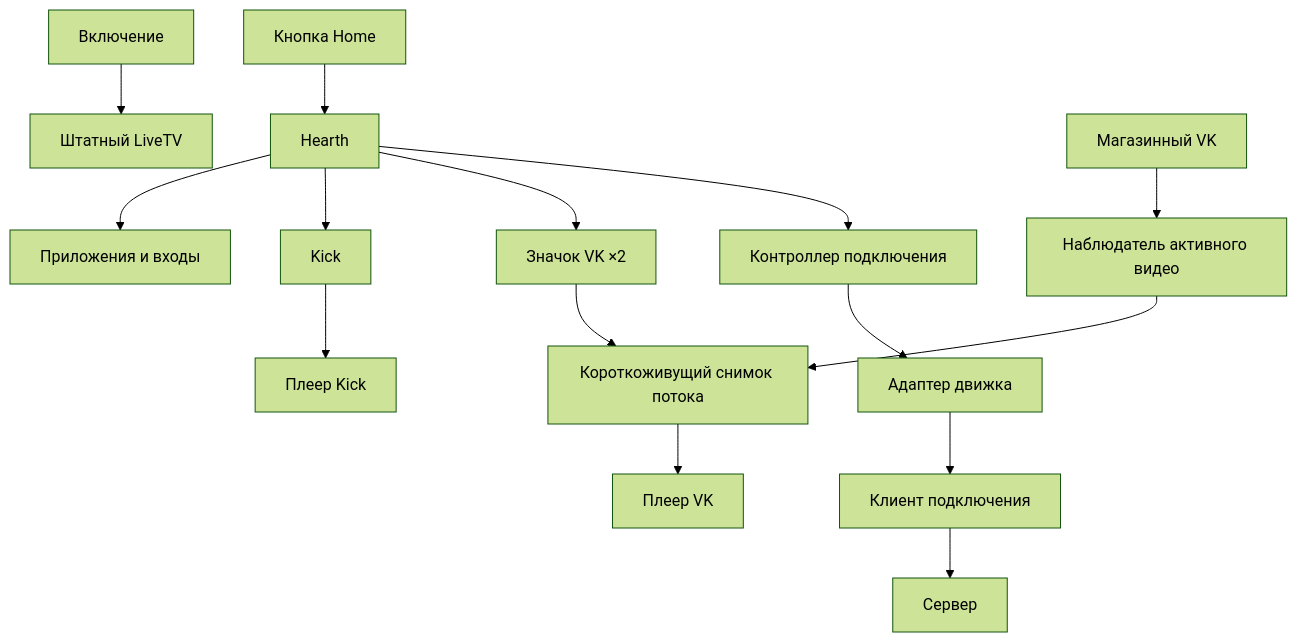
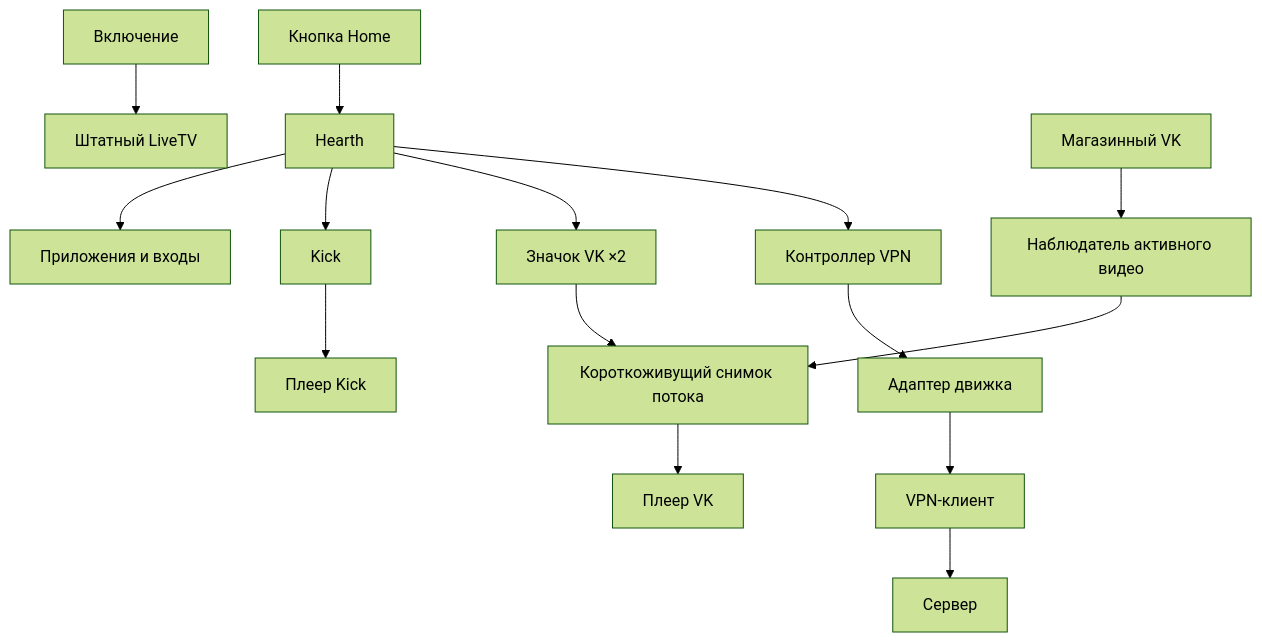
One commit to WagerMeister/webos-home-kit changed the diagram in docs/ARCHITECTURE.md. Above: the diagram before and after it, drawn with Mermaid (forest theme). The commit also changed other lines of this file and 33 other files, not shown here.

````diff
--- a/docs/ARCHITECTURE.md
+++ b/docs/ARCHITECTURE.md
@@ -3,15 +3,15 @@
 ```mermaid
 flowchart TD
   Power[Включение] --> TV[Штатный LiveTV]
   Home[Кнопка Home] --> Hearth[Hearth]
   Hearth --> Apps[Приложения и входы]
   Hearth --> Kick[Kick]
   Kick --> KP[Плеер Kick]
   VK[Магазинный VK] --> Observer[Наблюдатель активного видео]
   Observer --> Snapshot[Короткоживущий снимок потока]
   Hearth --> VL[Значок VK ×2]
   VL --> Snapshot --> VP[Плеер VK]
-  Hearth --> Control[Контроллер подключения]
+  Hearth --> Control[Контроллер VPN]
   Control --> Adapter[Адаптер движка]
-  Adapter --> Client[Клиент подключения] --> Exit[Сервер]
+  Adapter --> Client[VPN-клиент] --> Exit[Сервер]
 ```
````
